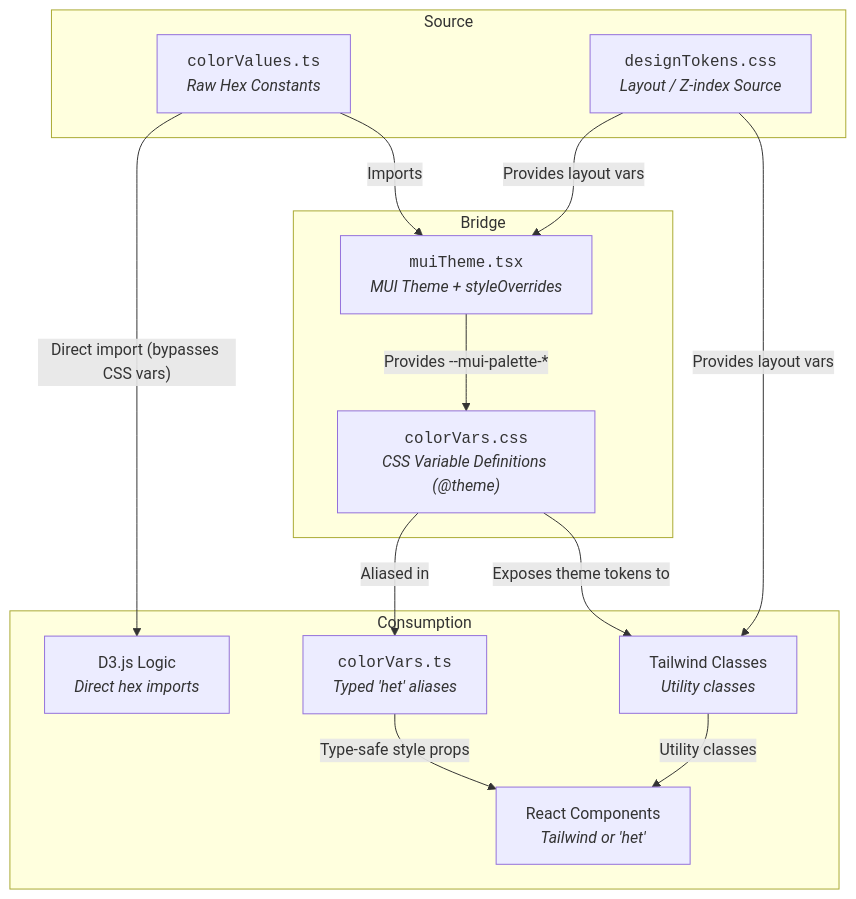
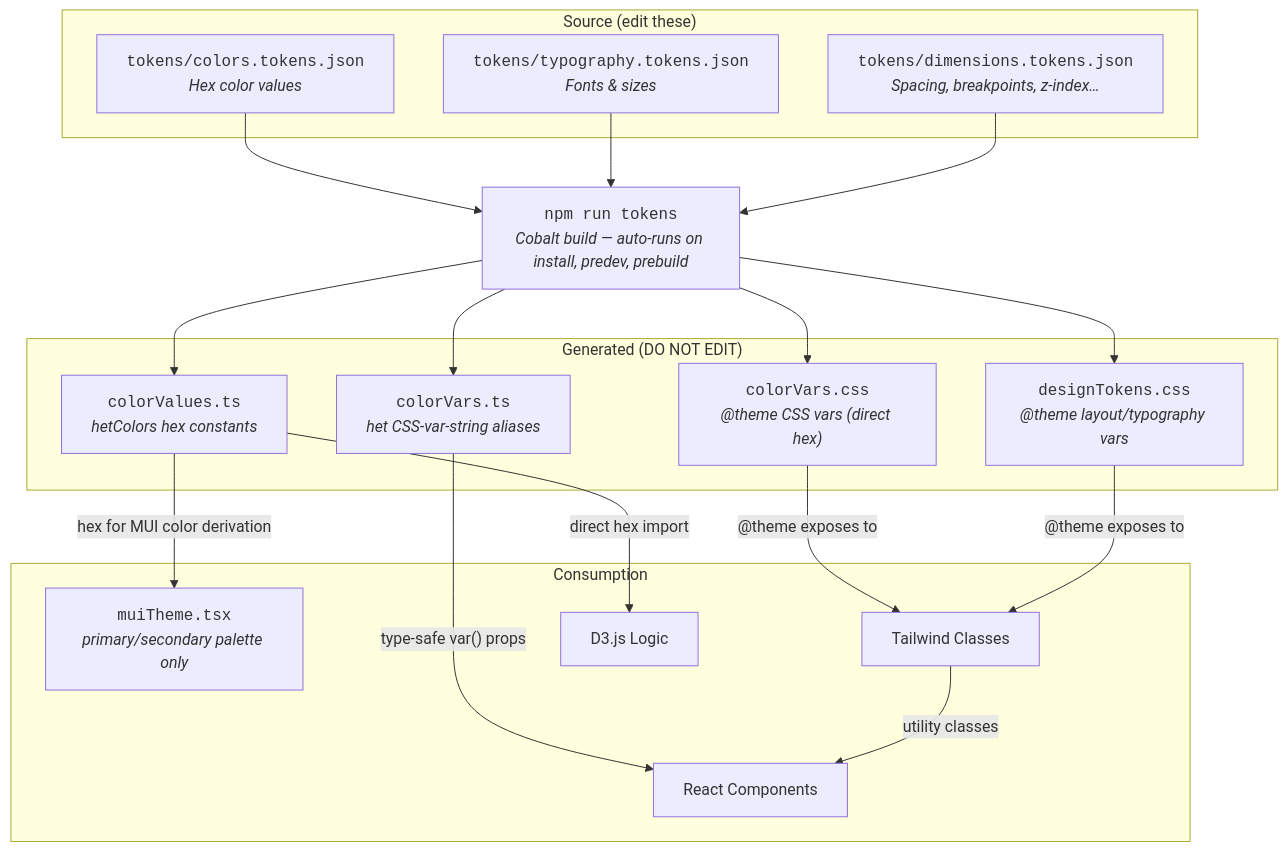
The diagram in README.md (SatcherInstitute/health-equity-tracker), drawn with Mermaid before and after one commit. The commit also changed other lines of this file and 14 other files, not shown here.

````diff
--- a/README.md
+++ b/README.md
@@ -268,35 +268,40 @@
 ```mermaid
 flowchart TD
     %% Source Layer
-    subgraph Source
-        HEX["<code>colorValues.ts</code><br/><i>Raw Hex Constants</i>"]
-        DESIGN["<code>designTokens.css</code><br/><i>Layout / Z-index Source</i>"]
+    subgraph Source["Source (edit these)"]
+        CT["<code>tokens/colors.tokens.json</code><br/><i>Hex color values</i>"]
+        TT["<code>tokens/typography.tokens.json</code><br/><i>Fonts &amp; sizes</i>"]
+        DT["<code>tokens/dimensions.tokens.json</code><br/><i>Spacing, breakpoints, z-index…</i>"]
     end
 
-    %% Bridge Layer
-    subgraph Bridge
-        MUI_T["<code>muiTheme.tsx</code><br/><i>MUI Theme + styleOverrides</i>"]
-        CV_CSS["<code>colorVars.css</code><br/><i>CSS Variable Definitions (@theme)</i>"]
+    %% Build Step
+    BUILD["<code>npm run tokens</code><br/><i>Cobalt build — auto-runs on install, predev, prebuild</i>"]
+
+    %% Generated Layer
+    subgraph Generated["Generated (DO NOT EDIT)"]
+        HEX["<code>colorValues.ts</code><br/><i>hetColors hex constants</i>"]
+        CV_CSS["<code>colorVars.css</code><br/><i>@theme CSS vars (direct hex)</i>"]
+        CV_TS["<code>colorVars.ts</code><br/><i>het CSS-var-string aliases</i>"]
+        DES["<code>designTokens.css</code><br/><i>@theme layout/typography vars</i>"]
     end
 
     %% Consumption Layer
     subgraph Consumption
-        TW["Tailwind Classes<br/><i>Utility classes</i>"]
-        CV_TS["<code>colorVars.ts</code><br/><i>Typed 'het' aliases</i>"]
-        D3["D3.js Logic<br/><i>Direct hex imports</i>"]
-        REACT["React Components<br/><i>Tailwind or 'het'</i>"]
+        MUI_T["<code>muiTheme.tsx</code><br/><i>primary/secondary palette only</i>"]
+        TW["Tailwind Classes"]
+        D3["D3.js Logic"]
+        REACT["React Components"]
     end
 
-    HEX -->|"Imports"| MUI_T
-    HEX -->|"Direct import (bypasses CSS vars)"| D3
+    CT --> BUILD
+    TT --> BUILD
+    DT --> BUILD
+    BUILD --> HEX & CV_CSS & CV_TS & DES
 
-    MUI_T -->|"Provides --mui-palette-*"| CV_CSS
-    DESIGN -->|"Provides layout vars"| TW
-    DESIGN -->|"Provides layout vars"| MUI_T
-
-    CV_CSS -->|"Exposes theme tokens to"| TW
-    CV_CSS -->|"Aliased in"| CV_TS
-
-    CV_TS -->|"Type-safe style props"| REACT
-    TW -->|"Utility classes"| REACT
+    HEX -->|"hex for MUI color derivation"| MUI_T
+    HEX -->|"direct hex import"| D3
+    CV_CSS -->|"@theme exposes to"| TW
+    CV_TS -->|"type-safe var() props"| REACT
+    DES -->|"@theme exposes to"| TW
+    TW -->|"utility classes"| REACT
 ```
````
